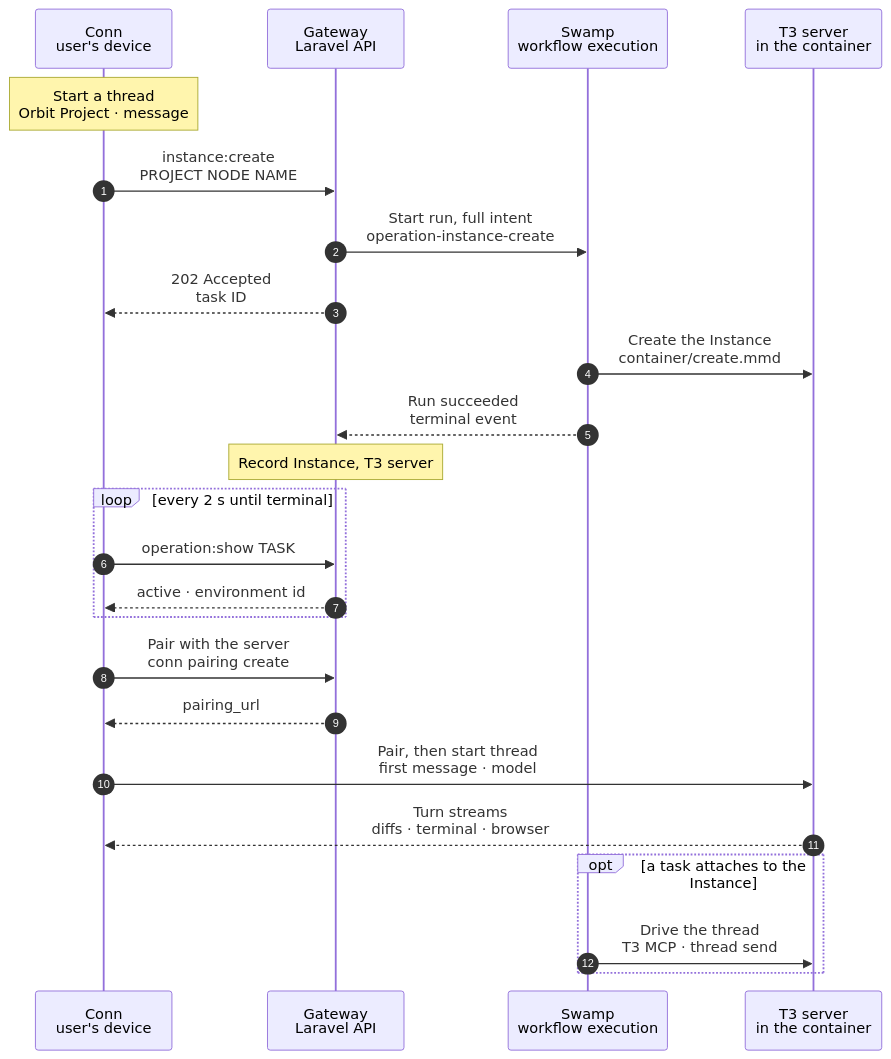
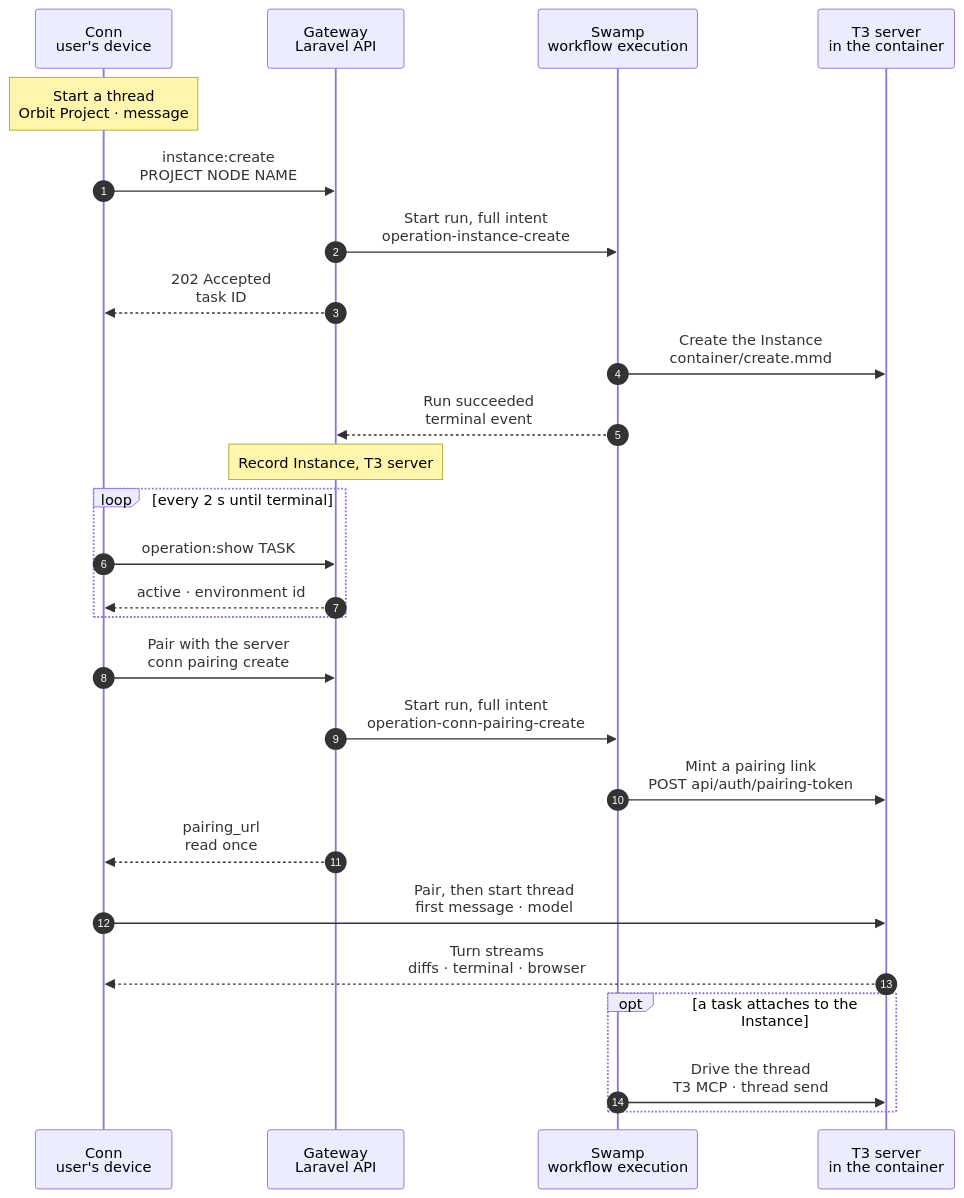
One commit to hardimpactdev/orbit changed the diagram in docs/cli/instance/container/thread.mmd. Above: the diagram before and after it, drawn with Mermaid. The commit also changed 12 other files, not shown here.

```diff
--- a/docs/cli/instance/container/thread.mmd
+++ b/docs/cli/instance/container/thread.mmd
@@ -1,50 +1,55 @@
 sequenceDiagram
   %% Target design, container runtime (ADR 0250 step 6, docs/reference/development-containers.md#threads-and-tasks): Conn's own flow when a user starts a thread in an Orbit Project. It uses only public Orbit operations and T3's own API; Conn is drawn because this is Conn's flow, not a command chart. A task that attaches later drives the same thread.
   %% status: draft
   %% command: none · Conn thread start
   %% kind: none
   autonumber
   %% lane CONN icon=terminal pill=caller tone=gray
   %% lane GW icon=gateway pill=intent tone=blue
   %% lane SW icon=workflow pill=executes tone=green
   %% lane T3 icon=server pill=target tone=purple
   participant CONN as Conn<br/>user's device
   participant GW as Gateway<br/>Laravel API
   participant SW as Swamp<br/>workflow execution
   participant T3 as T3 server<br/>in the container
   Note over CONN: Start a thread<br/>Orbit Project · message
   %%> What the user does:
   %%> - picks an Orbit Project and a Node, and writes the first message
   %%> What Conn proposes:
   %%> - an Instance name from the message, and the Project's default Instance as `--from` when it exists (open question 3 in the plan)
   CONN->>GW: instance:create<br/>PROJECT NODE NAME
   %%> Requirements:
   %%> - the device's Node has node access to the target Node, the same edge that Conn needs to pair
   GW->>SW: Start run, full intent<br/>operation-instance-create
   GW-->>CONN: 202 Accepted<br/>task ID
   SW->>T3: Create the Instance<br/>container/create.mmd
   %%> What it does:
   %%> - the whole create: copy, workspace, database, first T3 start, setup, Processes, Route, Gateway session
   SW-->>GW: Run succeeded<br/>terminal event
   Note over GW: Record Instance, T3 server
   loop every 2 s until terminal
     CONN->>GW: operation:show TASK
     GW-->>CONN: active · environment id
   end
   CONN->>GW: Pair with the server<br/>conn pairing create
   %%> What it does:
-  %%> - the usual pairing: Swamp mints a one-time link with the Gateway's session on this T3 server
-  GW-->>CONN: pairing_url
+  %%> - the usual pairing of docs/cli/conn/pairing-create.mmd: the Gateway admits it and waits up to 30 s for the run
+  GW->>SW: Start run, full intent<br/>operation-conn-pairing-create
+  SW->>T3: Mint a pairing link<br/>POST api/auth/pairing-token
+  %%> What it does:
+  %%> - a one-time link, minted with the Gateway's session; the link goes to the vault, and the Gateway reads it once
+  GW-->>CONN: pairing_url<br/>read once
   CONN->>T3: Pair, then start thread<br/>first message · model
   %%> What it does:
-  %%> - Conn opens the pairing link, then starts the thread in the Instance's T3 project `/srv/workspace` with the first message
+  %%> - Conn opens the pairing link, then starts the thread in the Instance's T3 project `/srv/workspace`, which the create added, with the first message
   %%> - from here Conn talks to the T3 server directly over WireGuard, as with any T3 server
+  %%> - Conn sends a message during a turn with `queue`, so it never steers a turn that a task started
   T3-->>CONN: Turn streams<br/>diffs · terminal · browser
   opt a task attaches to the Instance
     SW->>T3: Drive the thread<br/>T3 MCP · thread send
     %%> What it does:
-    %%> - while the task flow runs, Swamp sends turns with `queue`, waits for each and reads the result, with the Gateway's session
+    %%> - while the task flow runs, Swamp sends turns with `queue`, waits for each by its run id and reads only that run's result, with the Gateway's session
     %%> - the user sees every turn in the same thread; a message the user sends during a turn is queued by T3
     %%> When the task pauses:
     %%> - Swamp sends nothing more, and the user drives from the thread
   end
```
